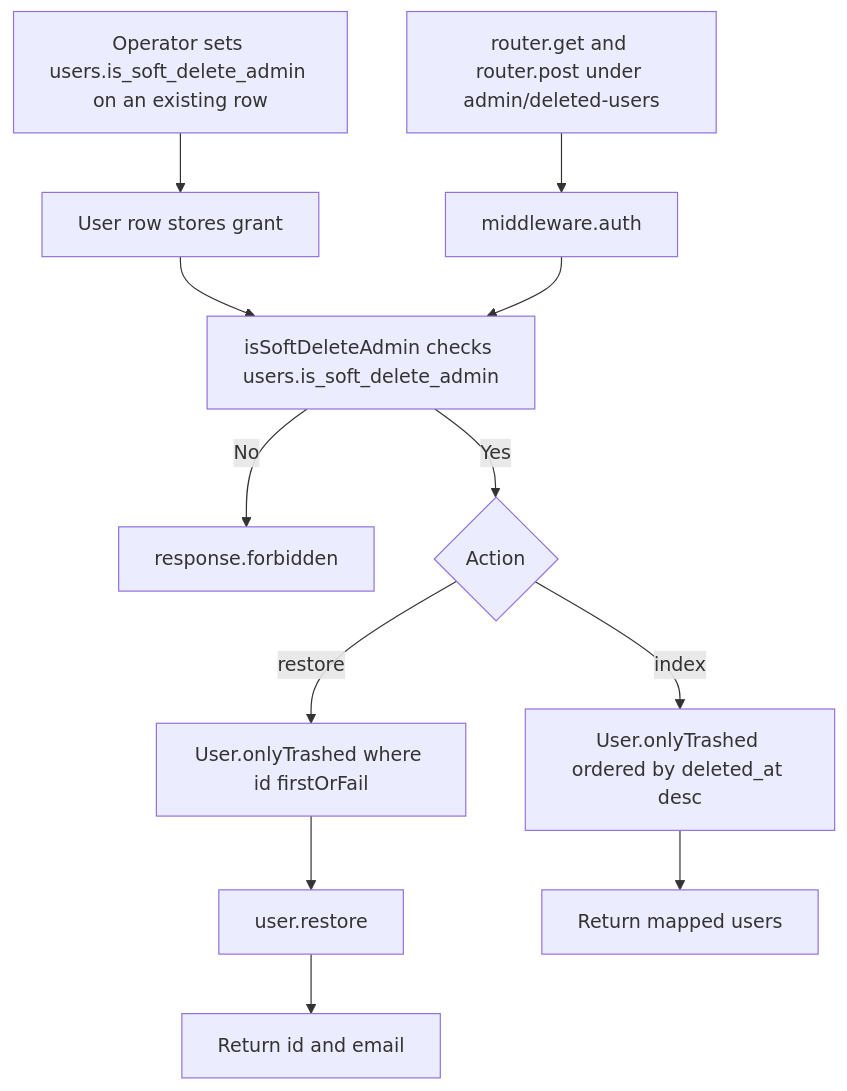
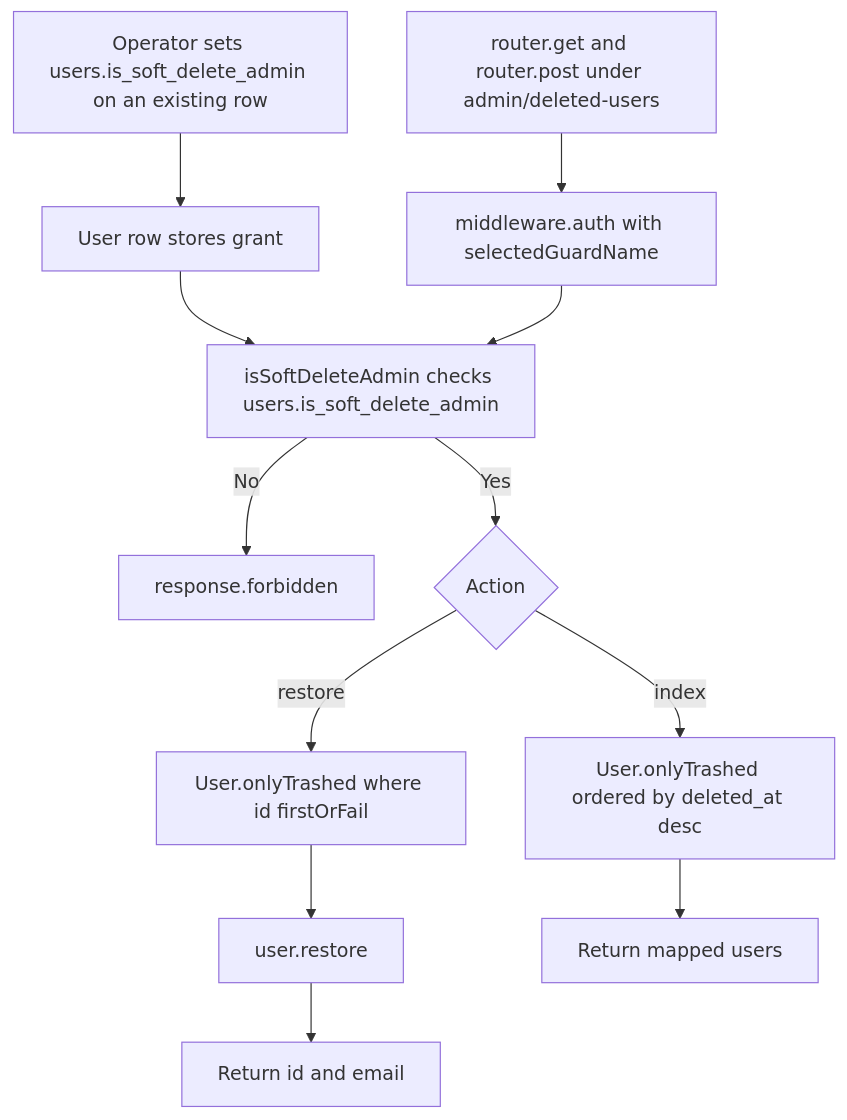
One commit to Kevinjohn/oss-adonisjs-lucid-soft-delete changed the second of 2 diagrams in user-stories/example-apps/us-demo-02-api-admin-restore.md. Above: the diagram before and after it, drawn with Mermaid. The commit also changed other lines of this file and 10 other files, not shown here.

````diff
--- a/user-stories/example-apps/us-demo-02-api-admin-restore.md
+++ b/user-stories/example-apps/us-demo-02-api-admin-restore.md
@@ -38,14 +38,14 @@
 ```mermaid
 flowchart TD
     P["Operator sets users.is_soft_delete_admin on an existing row"] --> Q["User row stores grant"]
     Q --> C
-    A["router.get and router.post under admin/deleted-users"] --> B["middleware.auth"]
+    A["router.get and router.post under admin/deleted-users"] --> B["middleware.auth with selectedGuardName"]
     B --> C["isSoftDeleteAdmin checks users.is_soft_delete_admin"]
     C -->|No| D["response.forbidden"]
     C -->|Yes| E{"Action"}
     E -->|index| F["User.onlyTrashed ordered by deleted_at desc"]
     E -->|restore| G["User.onlyTrashed where id firstOrFail"]
     G --> H["user.restore"]
     F --> I["Return mapped users"]
     H --> J["Return id and email"]
 ```
````
